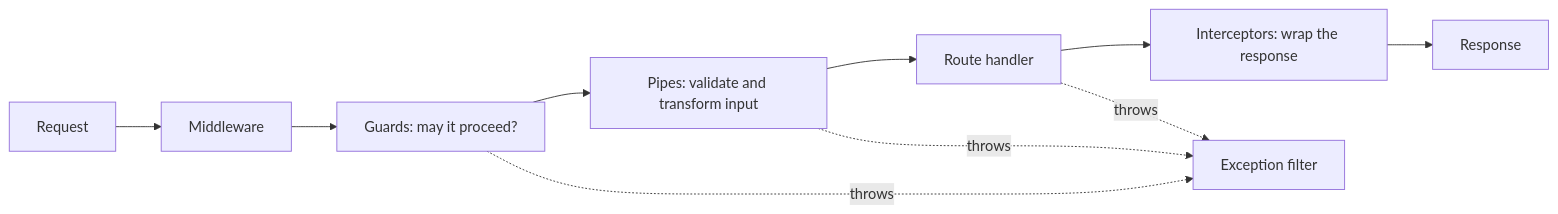
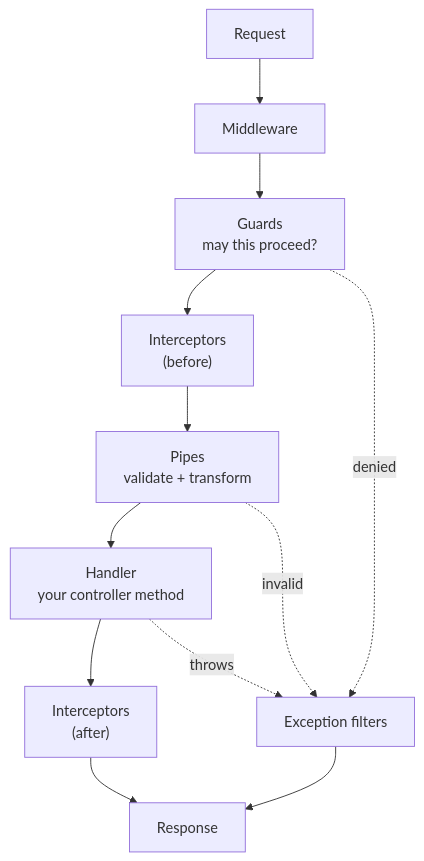
Before and after one commit to Ayoubioussoufa/codearena: the second of 3 diagrams in apps/dojo/content/supplements/nestjs.md, drawn with Mermaid. The commit also changed other lines of this file, not shown here.

````diff
--- a/apps/dojo/content/supplements/nestjs.md
+++ b/apps/dojo/content/supplements/nestjs.md
@@ -145,12 +637,14 @@
 ```mermaid
-flowchart LR
-  A[Request] --> B[Middleware]
-  B --> C[Guards: may it proceed?]
-  C --> D[Pipes: validate and transform input]
-  D --> E[Route handler]
-  E --> F[Interceptors: wrap the response]
-  F --> G[Response]
-  C -.throws.-> H[Exception filter]
-  D -.throws.-> H
-  E -.throws.-> H
+flowchart TD
+    R["Request"] --> MW["Middleware"]
+    MW --> G["Guards<br/>may this proceed?"]
+    G --> I1["Interceptors<br/>(before)"]
+    I1 --> P["Pipes<br/>validate + transform"]
+    P --> H["Handler<br/>your controller method"]
+    H --> I2["Interceptors<br/>(after)"]
+    I2 --> RES["Response"]
+    G -.denied.-> F["Exception filters"]
+    P -.invalid.-> F
+    H -.throws.-> F
+    F --> RES
 ```
````
